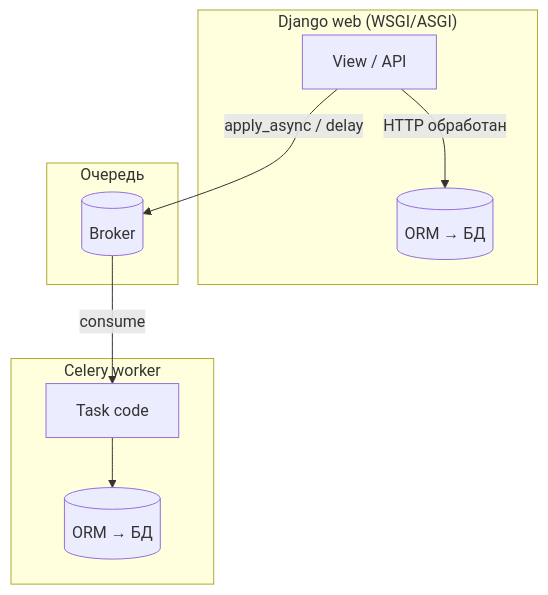
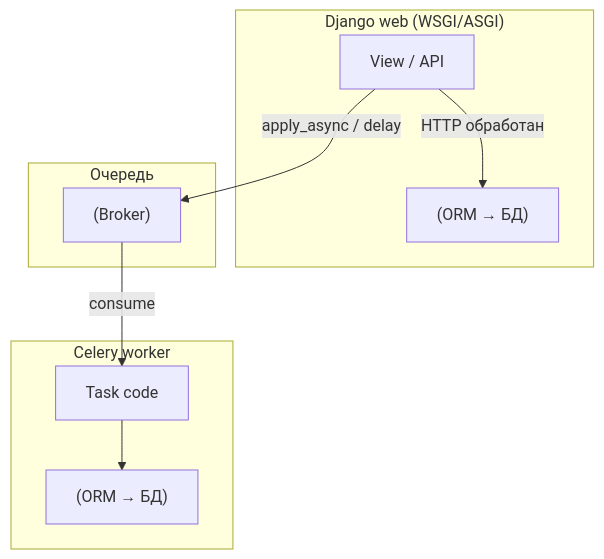
One commit to DDoSKudya/ai-study-atlas changed the first of 2 diagrams in directions/services/celery/pact/18_integraciya_s_django/02_18_chto_zhelatelno_znat_zaranee.md. Above: the diagram before and after it, drawn with Mermaid. The commit also changed other lines of this file and 322 other files, not shown here.

Commit message:
fix(docs): make mermaid diagrams GitHub-compatible across directions content

````diff
--- a/directions/services/celery/pact/18_integraciya_s_django/02_18_chto_zhelatelno_znat_zaranee.md
+++ b/directions/services/celery/pact/18_integraciya_s_django/02_18_chto_zhelatelno_znat_zaranee.md
@@ -16,18 +16,18 @@
 ```mermaid
 flowchart TB
   subgraph web["Django web (WSGI/ASGI)"]
-    V[View / API]
-    ORM_w[(ORM → БД)]
+    V["View / API"]
+    ORM_w["(ORM → БД)"]
   end
   subgraph q["Очередь"]
-    BR[(Broker)]
+    BR["(Broker)"]
   end
   subgraph worker["Celery worker"]
-    T[Task code]
-    ORM_c[(ORM → БД)]
+    T["Task code"]
+    ORM_c["(ORM → БД)"]
   end
   V -->|HTTP обработан| ORM_w
   V -->|apply_async / delay| BR
   BR -->|consume| T
   T --> ORM_c
 ```
````
